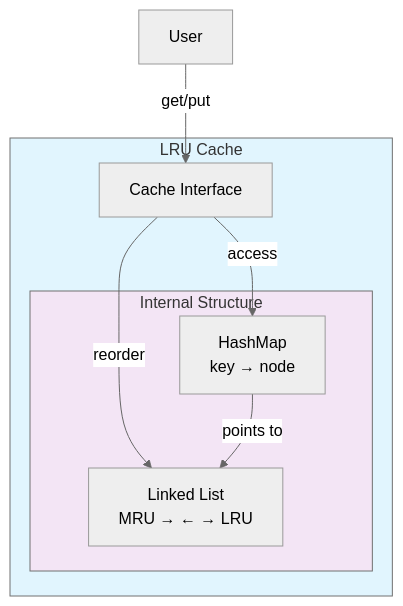
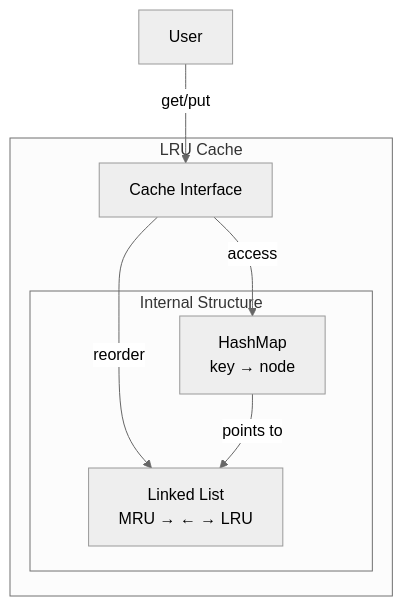
One commit to OmarDawoud4/practicing-java changed the diagram in src/LRUCache/README.md. Above: the diagram before and after it, drawn with Mermaid (neutral theme).

````diff
--- a/src/LRUCache/README.md
+++ b/src/LRUCache/README.md
@@ -1,20 +1,17 @@
 ```mermaid
 flowchart TD
     User[User]
     
     subgraph LRUCache[LRU Cache]
         API[Cache Interface]
         subgraph Internal[Internal Structure]
             HashMap[HashMap<br/>key → node]
             LinkedList[Linked List<br/>MRU → ← → LRU]
         end
     end
 
     User -->|get/put| API
     API -->|access| HashMap
     API -->|reorder| LinkedList
     HashMap -->|points to| LinkedList
-    
-    style LRUCache fill:#e1f5fe
-    style Internal fill:#f3e5f5
 ```
````
